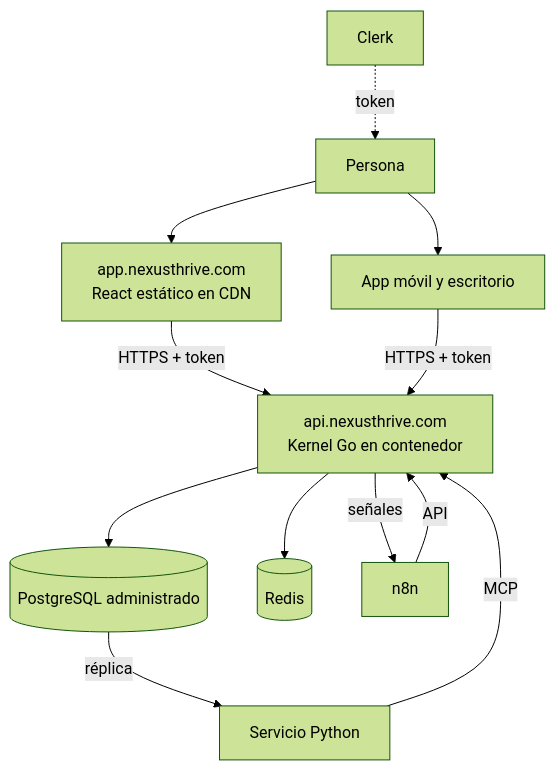
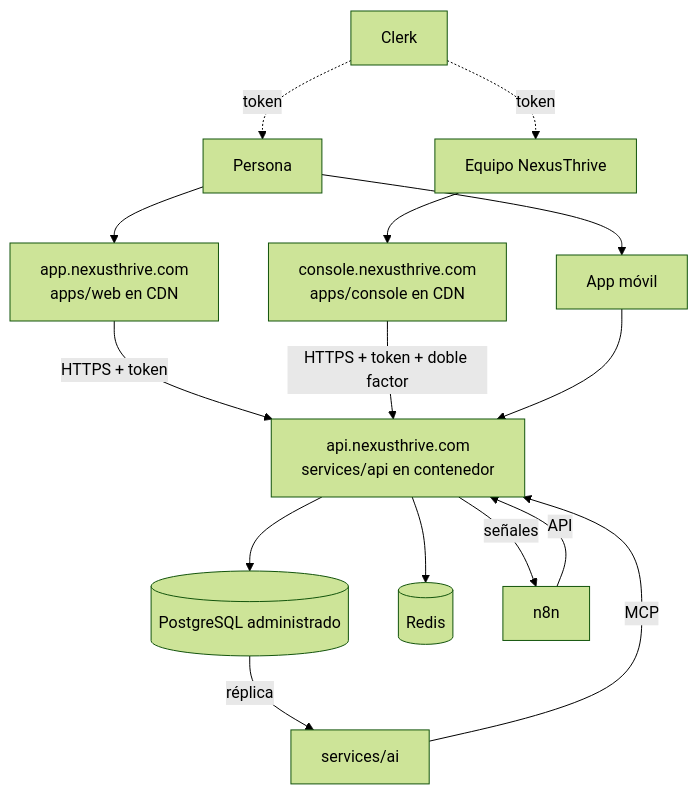
One commit to NexusThrive/nexusthrive changed the diagram in docs/02-arquitectura/despliegue.md. Above: the diagram before and after it, drawn with Mermaid (forest theme). The commit also changed other lines of this file and 130 other files, not shown here.

First line of the commit message:
docs: restructure monorepo and document the NexusThrive base

````diff
--- a/docs/02-arquitectura/despliegue.md
+++ b/docs/02-arquitectura/despliegue.md
@@ -5,14 +13,17 @@
 ```mermaid
 flowchart TB
-    U["Persona"] --> CDN["app.nexusthrive.com<br/>React estático en CDN"]
-    U --> APP["App móvil y escritorio"]
-    CDN -->|"HTTPS + token"| API["api.nexusthrive.com<br/>Kernel Go en contenedor"]
-    APP -->|"HTTPS + token"| API
+    U["Persona"] --> CDN1["app.nexusthrive.com<br/>apps/web en CDN"]
+    S["Equipo NexusThrive"] --> CDN2["console.nexusthrive.com<br/>apps/console en CDN"]
+    U --> MOB["App móvil"]
+    CDN1 -->|"HTTPS + token"| API["api.nexusthrive.com<br/>services/api en contenedor"]
+    CDN2 -->|"HTTPS + token + doble factor"| API
+    MOB --> API
     CLK["Clerk"] -.->|"token"| U
+    CLK -.->|"token"| S
     API --> PG[("PostgreSQL administrado")]
     API --> RD[("Redis")]
-    PG -->|"réplica"| PYS["Servicio Python"]
-    PYS -->|"MCP"| API
+    PG -->|"réplica"| AI["services/ai"]
+    AI -->|"MCP"| API
     API -->|"señales"| N8N["n8n"]
     N8N -->|"API"| API
 ```
````
